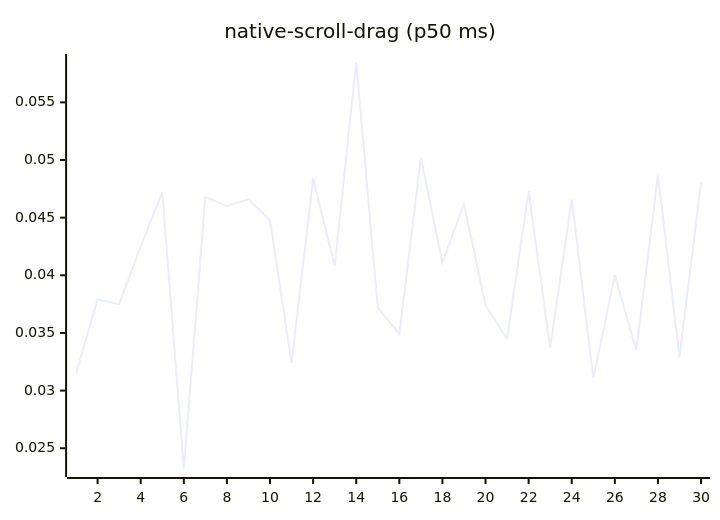
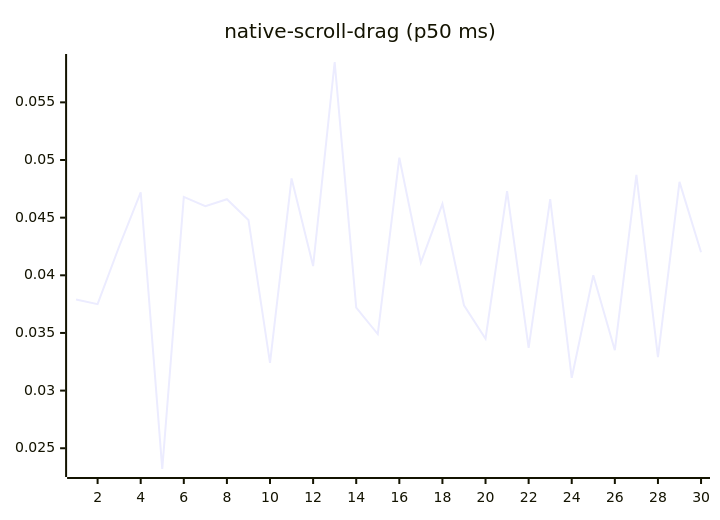
One commit to josha/Facet changed diagram 14 of 27 in README.md. Above: the diagram before and after it, drawn with Mermaid. The commit also changed other lines of this file and 2 other files, not shown here.

````diff
--- a/README.md
+++ b/README.md
@@ -154,6 +154,6 @@
 ```mermaid
 xychart-beta
     title "native-scroll-drag (p50 ms)"
     x-axis 1 --> 30
-    line [0.0315, 0.0379, 0.0375, 0.0425, 0.0472, 0.0232, 0.0468, 0.0460, 0.0466, 0.0448, 0.0324, 0.0484, 0.0408, 0.0585, 0.0372, 0.0349, 0.0502, 0.0411, 0.0462, 0.0374, 0.0345, 0.0473, 0.0337, 0.0466, 0.0311, 0.0400, 0.0335, 0.0487, 0.0329, 0.0481]
+    line [0.0379, 0.0375, 0.0425, 0.0472, 0.0232, 0.0468, 0.0460, 0.0466, 0.0448, 0.0324, 0.0484, 0.0408, 0.0585, 0.0372, 0.0349, 0.0502, 0.0411, 0.0462, 0.0374, 0.0345, 0.0473, 0.0337, 0.0466, 0.0311, 0.0400, 0.0335, 0.0487, 0.0329, 0.0481, 0.0420]
 ```
````
